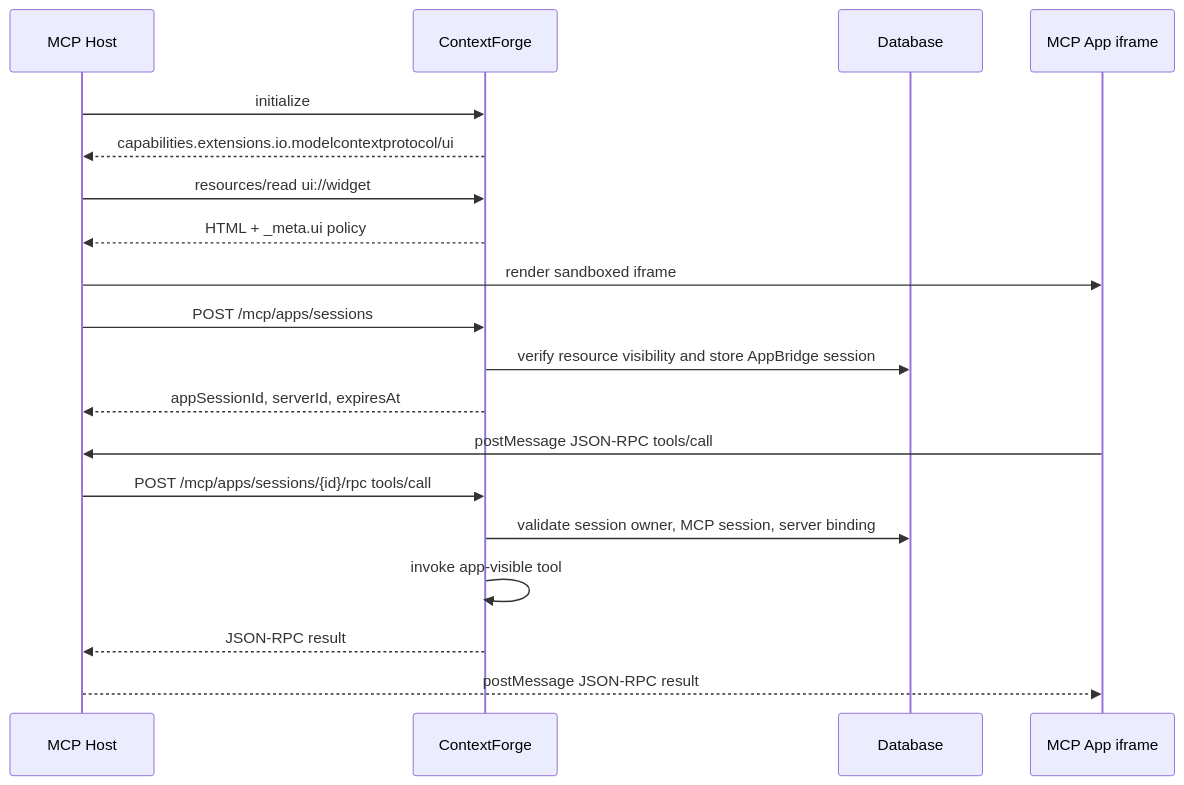
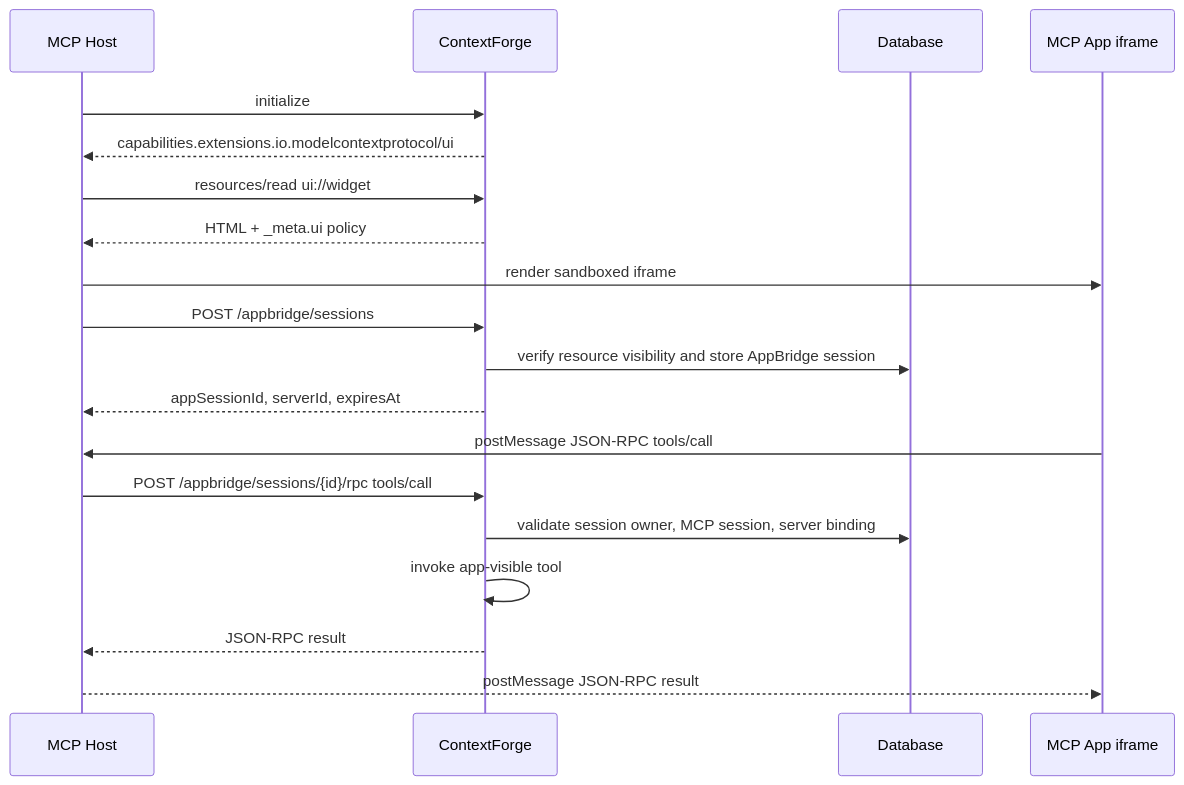
The diagram in docs/docs/architecture/mcp-apps.md (mutual-of-enumclaw/mcp-context-forge), drawn with Mermaid before and after one commit. The commit also changed other lines of this file and 11 other files, not shown here.

Commit message:
fix: address MCP Apps review feedback

````diff
--- a/docs/docs/architecture/mcp-apps.md
+++ b/docs/docs/architecture/mcp-apps.md
@@ -200,22 +200,22 @@
 ```mermaid
 sequenceDiagram
     participant Host as MCP Host
     participant Gateway as ContextForge
     participant DB as Database
     participant App as MCP App iframe
 
     Host->>Gateway: initialize
     Gateway-->>Host: capabilities.extensions.io.modelcontextprotocol/ui
     Host->>Gateway: resources/read ui://widget
     Gateway-->>Host: HTML + _meta.ui policy
     Host->>App: render sandboxed iframe
-    Host->>Gateway: POST /mcp/apps/sessions
+    Host->>Gateway: POST /appbridge/sessions
     Gateway->>DB: verify resource visibility and store AppBridge session
     Gateway-->>Host: appSessionId, serverId, expiresAt
     App->>Host: postMessage JSON-RPC tools/call
-    Host->>Gateway: POST /mcp/apps/sessions/{id}/rpc tools/call
+    Host->>Gateway: POST /appbridge/sessions/{id}/rpc tools/call
     Gateway->>DB: validate session owner, MCP session, server binding
     Gateway->>Gateway: invoke app-visible tool
     Gateway-->>Host: JSON-RPC result
     Host-->>App: postMessage JSON-RPC result
 ```
````
